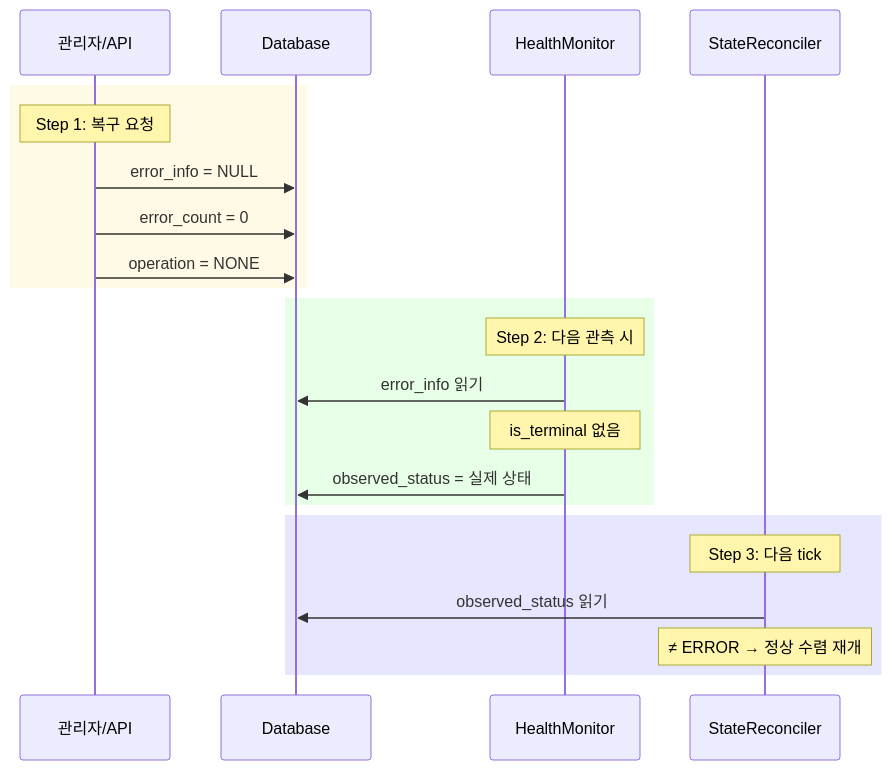
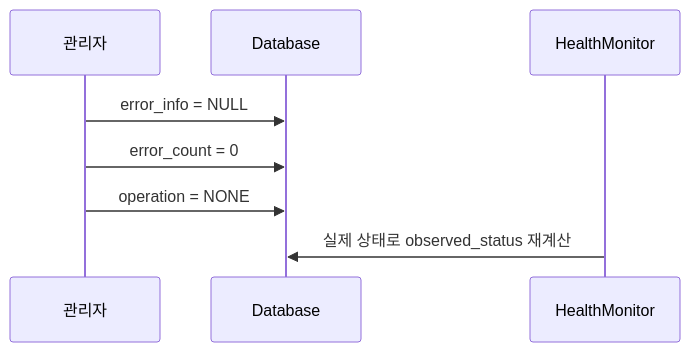
One commit to cagojeiger/code-hub changed the second of 2 diagrams in docs/spec_v2/error.md. Above: the diagram before and after it, drawn with Mermaid. The commit also changed other lines of this file and 14 other files, not shown here.

````diff
--- a/docs/spec_v2/error.md
+++ b/docs/spec_v2/error.md
@@ -422,27 +89,12 @@
 ```mermaid
 sequenceDiagram
-    participant Admin as 관리자/API
+    participant Admin as 관리자
     participant DB as Database
     participant HM as HealthMonitor
-    participant SR as StateReconciler
 
-    rect rgb(255, 250, 230)
-        Note over Admin: Step 1: 복구 요청
-        Admin->>DB: error_info = NULL
-        Admin->>DB: error_count = 0
-        Admin->>DB: operation = NONE
-    end
+    Admin->>DB: error_info = NULL
+    Admin->>DB: error_count = 0
+    Admin->>DB: operation = NONE
 
-    rect rgb(230, 255, 230)
-        Note over HM: Step 2: 다음 관측 시
-        HM->>DB: error_info 읽기
-        Note over HM: is_terminal 없음
-        HM->>DB: observed_status = 실제 상태
-    end
-
-    rect rgb(230, 230, 255)
-        Note over SR: Step 3: 다음 tick
-        SR->>DB: observed_status 읽기
-        Note over SR: ≠ ERROR → 정상 수렴 재개
-    end
+    HM->>DB: 실제 상태로 observed_status 재계산
 ```
````
